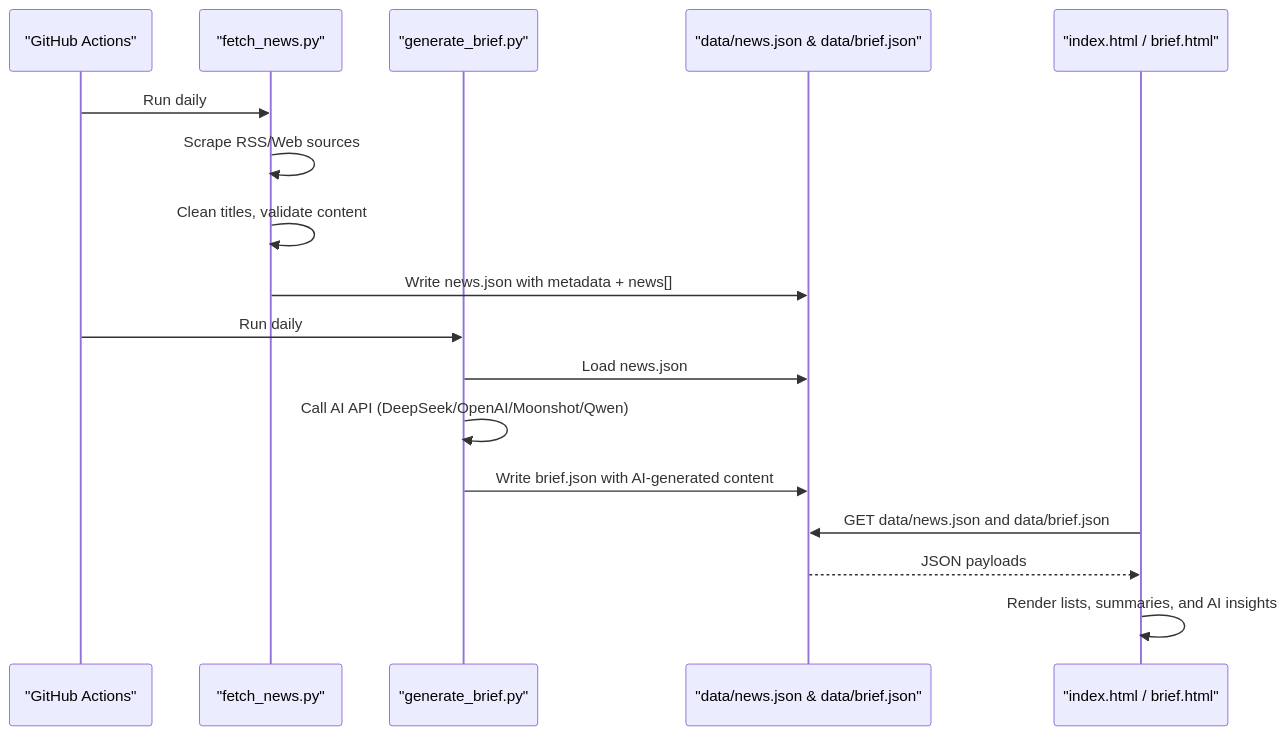
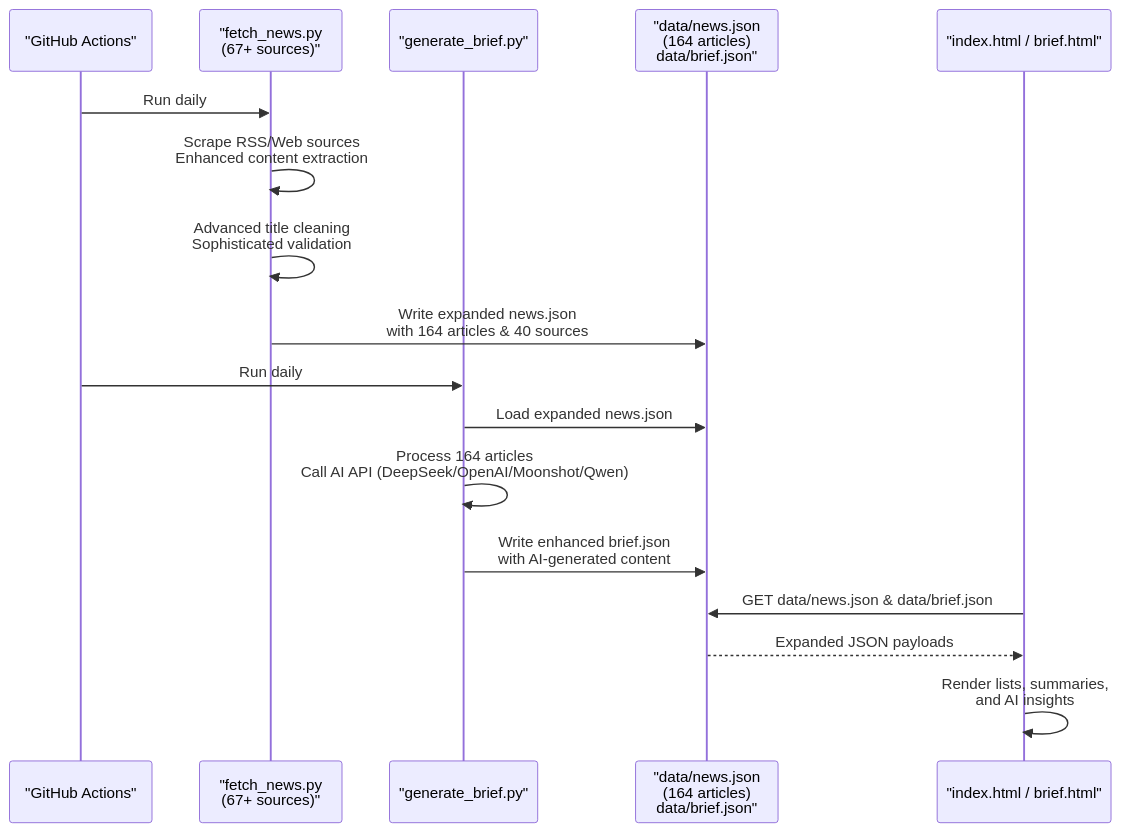
Before and after one commit to junxie01/daily_news: the second of 4 diagrams in .qoder/repowiki/en/content/Data Management.md, drawn with Mermaid. The commit also changed other lines of this file and 4 other files, not shown here.

````diff
--- a/.qoder/repowiki/en/content/Data Management.md
+++ b/.qoder/repowiki/en/content/Data Management.md
@@ -105,19 +104,19 @@
 ```mermaid
 sequenceDiagram
 participant Scheduler as "GitHub Actions"
-participant Fetcher as "fetch_news.py"
+participant Fetcher as "fetch_news.py<br/>(67+ sources)"
 participant AIGenerator as "generate_brief.py"
-participant Storage as "data/news.json & data/brief.json"
+participant Storage as "data/news.json<br/>(164 articles)<br/>data/brief.json"
 participant Browser as "index.html / brief.html"
 Scheduler->>Fetcher : Run daily
-Fetcher->>Fetcher : Scrape RSS/Web sources
-Fetcher->>Fetcher : Clean titles, validate content
-Fetcher->>Storage : Write news.json with metadata + news[]
+Fetcher->>Fetcher : Scrape RSS/Web sources<br/>Enhanced content extraction
+Fetcher->>Fetcher : Advanced title cleaning<br/>Sophisticated validation
+Fetcher->>Storage : Write expanded news.json<br/>with 164 articles & 40 sources
 Scheduler->>AIGenerator : Run daily
-AIGenerator->>Storage : Load news.json
-AIGenerator->>AIGenerator : Call AI API (DeepSeek/OpenAI/Moonshot/Qwen)
-AIGenerator->>Storage : Write brief.json with AI-generated content
-Browser->>Storage : GET data/news.json and data/brief.json
-Storage-->>Browser : JSON payloads
-Browser->>Browser : Render lists, summaries, and AI insights
+AIGenerator->>Storage : Load expanded news.json
+AIGenerator->>AIGenerator : Process 164 articles<br/>Call AI API (DeepSeek/OpenAI/Moonshot/Qwen)
+AIGenerator->>Storage : Write enhanced brief.json<br/>with AI-generated content
+Browser->>Storage : GET data/news.json & data/brief.json
+Storage-->>Browser : Expanded JSON payloads
+Browser->>Browser : Render lists, summaries,<br/>and AI insights
 ```
````
